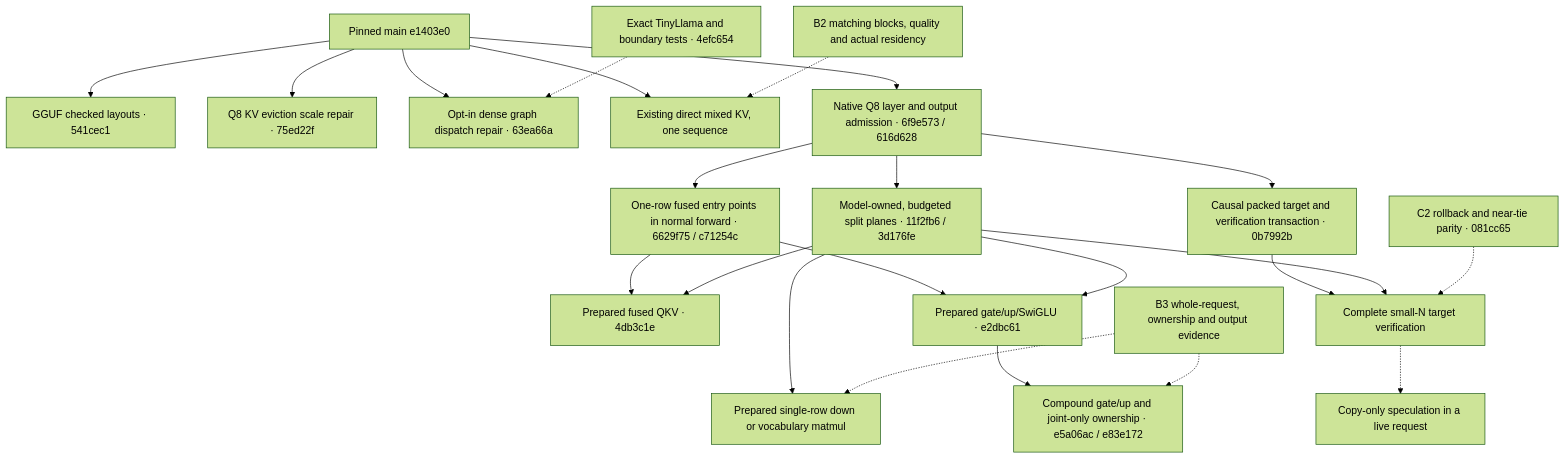
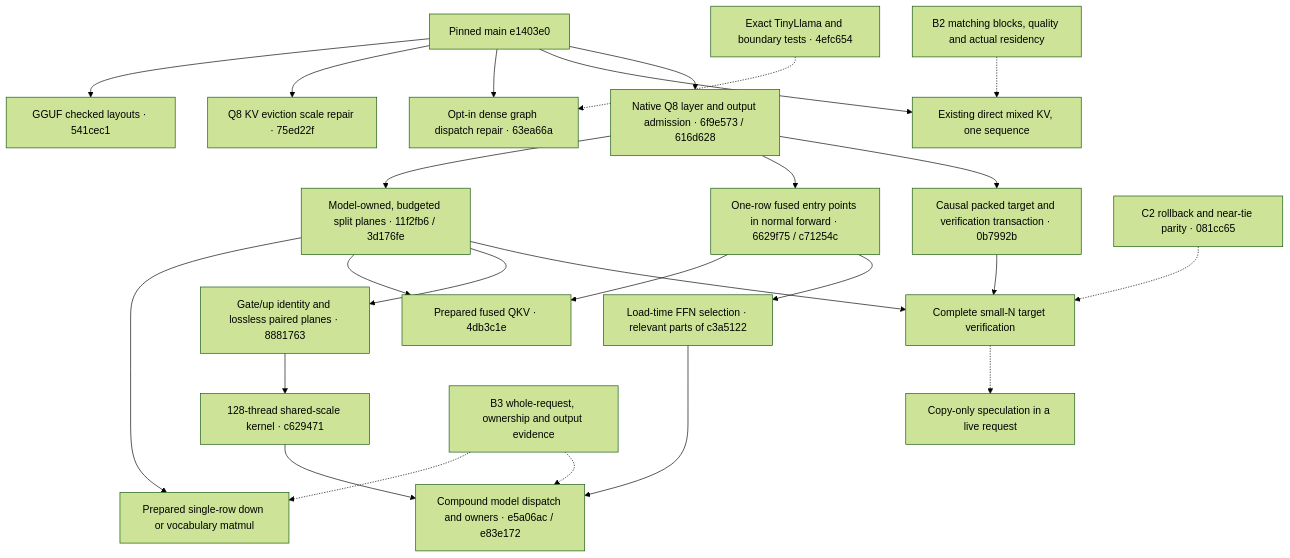
One commit to GuyPaddock/m40-llm changed the diagram in docs/experiments/2026-11-21-main-dependencies/README.md. Above: the diagram before and after it, drawn with Mermaid (forest theme). The commit also changed other lines of this file and 1 other file, not shown here.

First line of the commit message:
docs(research): trace compound Q8 dependencies

````diff
--- a/docs/experiments/2026-11-21-main-dependencies/README.md
+++ b/docs/experiments/2026-11-21-main-dependencies/README.md
@@ -151,25 +151,27 @@
 ```mermaid
 flowchart TD
     M["Pinned main e1403e0"] --> Shape["GGUF checked layouts · 541cec1"]
     M --> Scale["Q8 KV eviction scale repair · 75ed22f"]
     M --> Graph["Opt-in dense graph dispatch repair · 63ea66a"]
     M --> KV["Existing direct mixed KV, one sequence"]
     M --> Native["Native Q8 layer and output admission · 6f9e573 / 616d628"]
     Native --> Owner["Model-owned, budgeted split planes · 11f2fb6 / 3d176fe"]
     Owner --> Matmul["Prepared single-row down or vocabulary matmul"]
     Native --> Fused["One-row fused entry points in normal forward · 6629f75 / c71254c"]
     Fused --> QKV["Prepared fused QKV · 4db3c1e"]
-    Fused --> FFN["Prepared gate/up/SwiGLU · e2dbc61"]
+    Fused --> Selector["Load-time FFN selection · relevant parts of c3a5122"]
     Owner --> QKV
-    Owner --> FFN
-    FFN --> Joint["Compound gate/up and joint-only ownership · e5a06ac / e83e172"]
+    Owner --> Pair["Gate/up identity and lossless paired planes · 8881763"]
+    Pair --> JointKernel["128-thread shared-scale kernel · c629471"]
+    JointKernel --> Joint["Compound model dispatch and owners · e5a06ac / e83e172"]
+    Selector --> Joint
     Native --> Packed["Causal packed target and verification transaction · 0b7992b"]
     Packed --> Verify["Complete small-N target verification"]
     Owner --> Verify
     C2["C2 rollback and near-tie parity · 081cc65"] -.-> Verify
     Verify -.-> Copy["Copy-only speculation in a live request"]
     B2["B2 matching blocks, quality and actual residency"] -.-> KV
     B1["Exact TinyLlama and boundary tests · 4efc654"] -.-> Graph
     B3["B3 whole-request, ownership and output evidence"] -.-> Matmul
     B3 -.-> Joint
 ```
````
